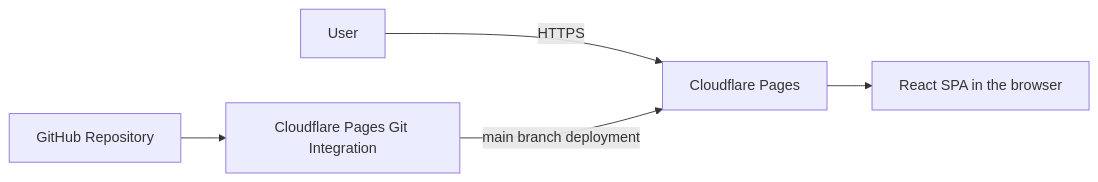
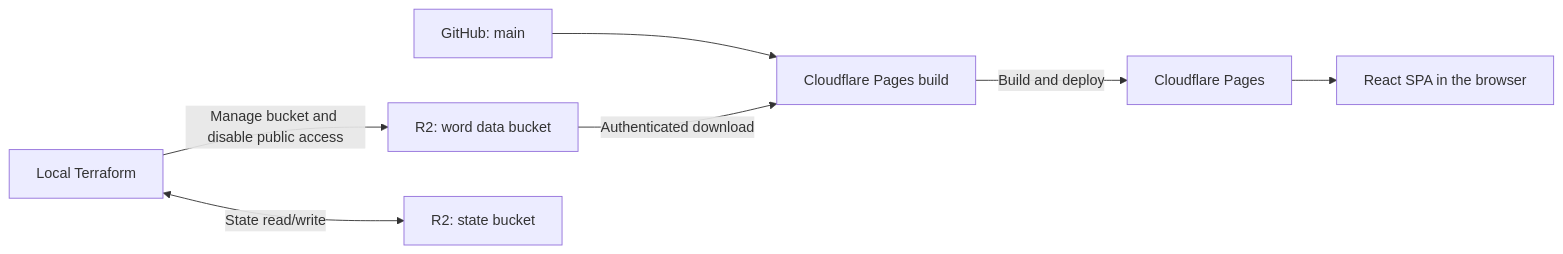
Before and after one commit to kazuy/type-words: the diagram in README.md, drawn with Mermaid. The commit also changed other lines of this file and 53 other files, not shown here.

````diff
--- a/README.md
+++ b/README.md
@@ -9,7 +7,9 @@
 ```mermaid
 flowchart LR
-    User["User"] -->|"HTTPS"| Pages["Cloudflare Pages"]
-    Pages --> SPA["React SPA in the browser"]
-    Repo["GitHub Repository"] --> Git["Cloudflare Pages Git Integration"]
-    Git -->|"main branch deployment"| Pages
+    Repo["GitHub: main"] --> Build["Cloudflare Pages build"]
+    Words["R2: word data bucket"] -->|"Authenticated download"| Build
+    Build -->|"Build and deploy"| Pages["Cloudflare Pages"]
+    Pages --> Browser["React SPA in the browser"]
+    Terraform["Local Terraform"] -->|"Manage bucket and disable public access"| Words
+    Terraform <-->|"State read/write"| State["R2: state bucket"]
 ```
````
